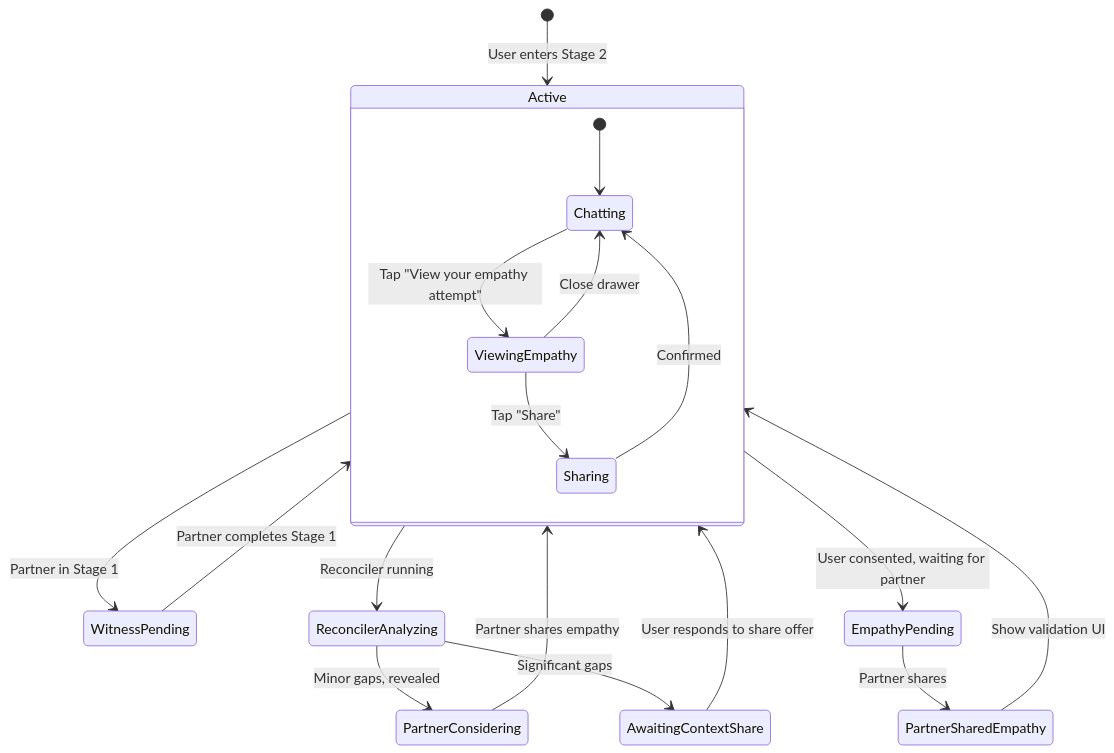
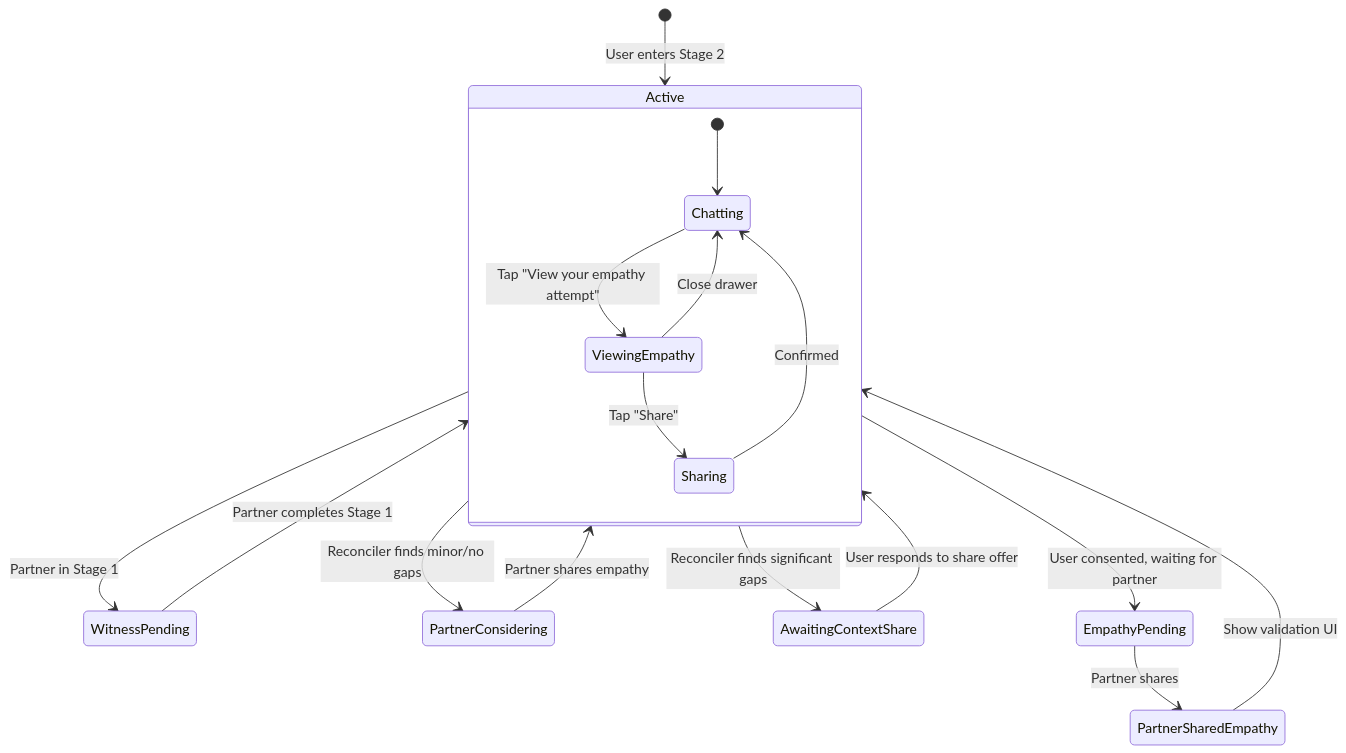
One commit to shantamg/meet-without-fear changed the eighth of 8 diagrams in docs/backend/reconciler-flow.md. Above: the diagram before and after it, drawn with Mermaid. The commit also changed other lines of this file and 12 other files, not shown here.

````diff
--- a/docs/backend/reconciler-flow.md
+++ b/docs/backend/reconciler-flow.md
@@ -296,27 +307,26 @@
 ```mermaid
 stateDiagram-v2
     [*] --> Active: User enters Stage 2
 
     Active --> WitnessPending: Partner in Stage 1
     WitnessPending --> Active: Partner completes Stage 1
 
-    Active --> ReconcilerAnalyzing: Reconciler running
-    ReconcilerAnalyzing --> PartnerConsidering: Minor gaps, revealed
-    ReconcilerAnalyzing --> AwaitingContextShare: Significant gaps
+    Active --> PartnerConsidering: Reconciler finds minor/no gaps
+    Active --> AwaitingContextShare: Reconciler finds significant gaps
 
     PartnerConsidering --> Active: Partner shares empathy
 
     AwaitingContextShare --> Active: User responds to share offer
 
     Active --> EmpathyPending: User consented, waiting for partner
     EmpathyPending --> PartnerSharedEmpathy: Partner shares
     PartnerSharedEmpathy --> Active: Show validation UI
 
     state Active {
         [*] --> Chatting
         Chatting --> ViewingEmpathy: Tap "View your empathy attempt"
         ViewingEmpathy --> Chatting: Close drawer
         ViewingEmpathy --> Sharing: Tap "Share"
         Sharing --> Chatting: Confirmed
     }
 ```
````
